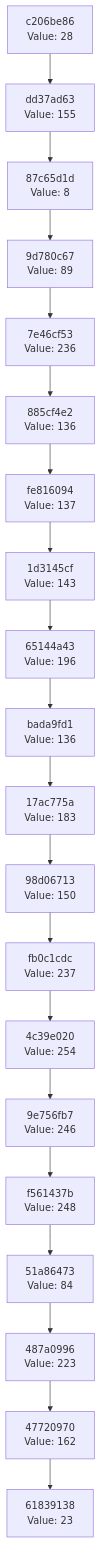
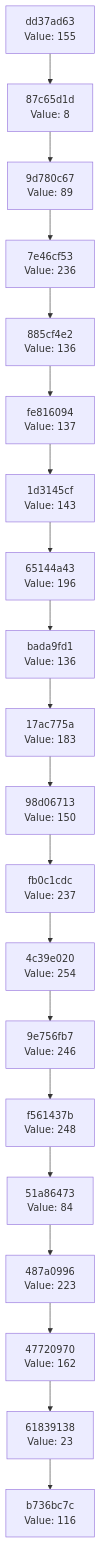
Before and after one commit to Abhisheksinha1506/hash-chain-evolver: the diagram in docs/CHAIN_VISUALIZATION.md, drawn with Mermaid. The commit also changed 3 other files, not shown here.

````diff
--- a/docs/CHAIN_VISUALIZATION.md
+++ b/docs/CHAIN_VISUALIZATION.md
@@ -3,42 +3,42 @@
 ```mermaid
 graph TD
-    C0["61839138<br/>Value: 23"]
-    C1["47720970<br/>Value: 162"]
+    C0["b736bc7c<br/>Value: 116"]
+    C1["61839138<br/>Value: 23"]
     C1 --> C0
-    C2["487a0996<br/>Value: 223"]
+    C2["47720970<br/>Value: 162"]
     C2 --> C1
-    C3["51a86473<br/>Value: 84"]
+    C3["487a0996<br/>Value: 223"]
     C3 --> C2
-    C4["f561437b<br/>Value: 248"]
+    C4["51a86473<br/>Value: 84"]
     C4 --> C3
-    C5["9e756fb7<br/>Value: 246"]
+    C5["f561437b<br/>Value: 248"]
     C5 --> C4
-    C6["4c39e020<br/>Value: 254"]
+    C6["9e756fb7<br/>Value: 246"]
     C6 --> C5
-    C7["fb0c1cdc<br/>Value: 237"]
+    C7["4c39e020<br/>Value: 254"]
     C7 --> C6
-    C8["98d06713<br/>Value: 150"]
+    C8["fb0c1cdc<br/>Value: 237"]
     C8 --> C7
-    C9["17ac775a<br/>Value: 183"]
+    C9["98d06713<br/>Value: 150"]
     C9 --> C8
-    C10["bada9fd1<br/>Value: 136"]
+    C10["17ac775a<br/>Value: 183"]
     C10 --> C9
-    C11["65144a43<br/>Value: 196"]
+    C11["bada9fd1<br/>Value: 136"]
     C11 --> C10
-    C12["1d3145cf<br/>Value: 143"]
+    C12["65144a43<br/>Value: 196"]
     C12 --> C11
-    C13["fe816094<br/>Value: 137"]
+    C13["1d3145cf<br/>Value: 143"]
     C13 --> C12
-    C14["885cf4e2<br/>Value: 136"]
+    C14["fe816094<br/>Value: 137"]
     C14 --> C13
-    C15["7e46cf53<br/>Value: 236"]
+    C15["885cf4e2<br/>Value: 136"]
     C15 --> C14
-    C16["9d780c67<br/>Value: 89"]
+    C16["7e46cf53<br/>Value: 236"]
     C16 --> C15
-    C17["87c65d1d<br/>Value: 8"]
+    C17["9d780c67<br/>Value: 89"]
     C17 --> C16
-    C18["dd37ad63<br/>Value: 155"]
+    C18["87c65d1d<br/>Value: 8"]
     C18 --> C17
-    C19["c206be86<br/>Value: 28"]
+    C19["dd37ad63<br/>Value: 155"]
     C19 --> C18
 ```
````
